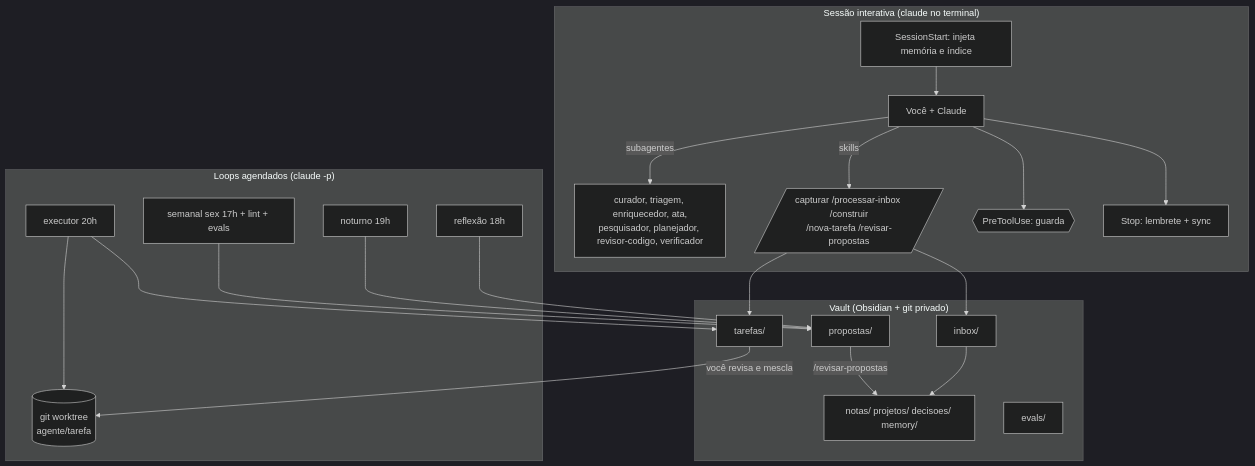
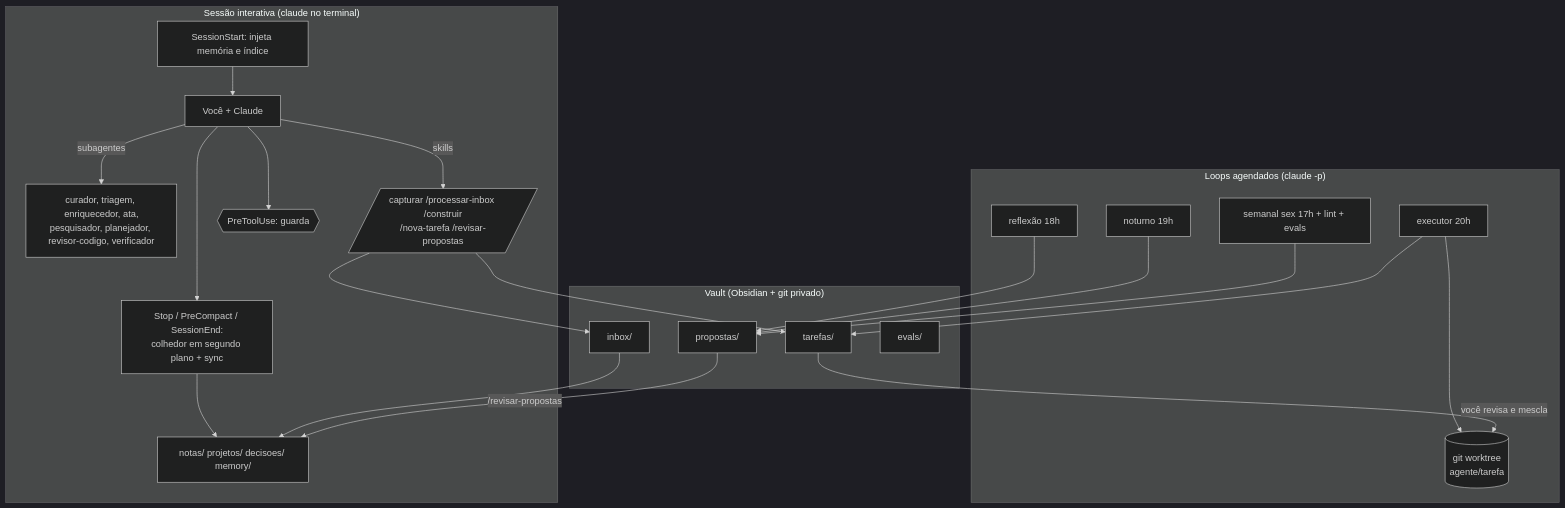
One commit to gmhenriquested/cerebro-trabalho-local changed the diagram in docs/arquitetura.md. Above: the diagram before and after it, drawn with Mermaid (dark theme). The commit also changed other lines of this file and 23 other files, not shown here.

First line of the commit message:
Captura automática sem ritual: colhedor em segundo plano, aplicação por risco e revisão de um clique

````diff
--- a/docs/arquitetura.md
+++ b/docs/arquitetura.md
@@ -7,27 +7,28 @@
 ```mermaid
 flowchart TB
   subgraph Sessão["Sessão interativa (claude no terminal)"]
     H1[SessionStart: injeta memória e índice] --> S[Você + Claude]
     S -->|subagentes| AG[curador, triagem, enriquecedor, ata,\npesquisador, planejador, revisor-codigo, verificador]
     S -->|skills| SK[/capturar /processar-inbox /construir\n/nova-tarefa /revisar-propostas/]
     S --> G1{{PreToolUse: guarda}}
-    S --> H2[Stop: lembrete + sync]
+    S --> H2[Stop / PreCompact / SessionEnd:\ncolhedor em segundo plano + sync]
+    H2 --> N
   end
   subgraph Vault["Vault (Obsidian + git privado)"]
     I[inbox/] --> N[notas/ projetos/ decisoes/ memory/]
     T[tarefas/]
     P[propostas/]
     E[evals/]
   end
   subgraph Loops["Loops agendados (claude -p)"]
     LR[reflexão 18h] --> P
     LN[noturno 19h] --> P
     EX[executor 20h] --> WT[(git worktree\nagente/tarefa)]
     EX --> T
     LS[semanal sex 17h + lint + evals] --> P
   end
   SK --> I
   SK --> T
   P -->|/revisar-propostas| N
   T -->|você revisa e mescla| WT
 ```
````
